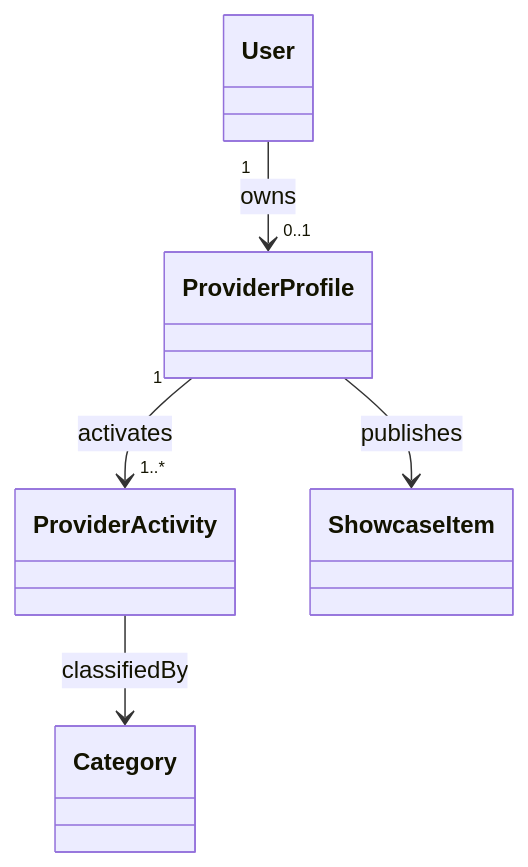
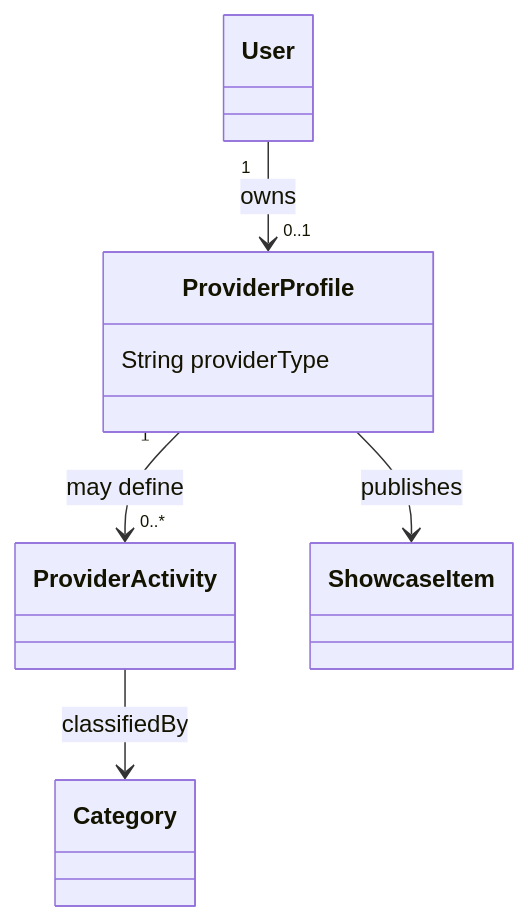
Before and after one commit to Yadd-SanaaUniversityGraduationProject/yadd: the diagram in docs/03-analysis/19-provider-activity-model.md, drawn with Mermaid. The commit also changed other lines of this file, not shown here.

Commit message:
sync(provider): align activity model with DEC-074

````diff
--- a/docs/03-analysis/19-provider-activity-model.md
+++ b/docs/03-analysis/19-provider-activity-model.md
@@ -77,13 +72,15 @@
 ```mermaid
 classDiagram
     class User
-    class ProviderProfile
+    class ProviderProfile {
+        String providerType
+    }
     class ProviderActivity
     class Category
     class ShowcaseItem
 
     User "1" --> "0..1" ProviderProfile : owns
-    ProviderProfile "1" --> "1..*" ProviderActivity : activates
+    ProviderProfile "1" --> "0..*" ProviderActivity : may define
     ProviderActivity --> Category : classifiedBy
     ProviderProfile --> ShowcaseItem : publishes
 ```
````
